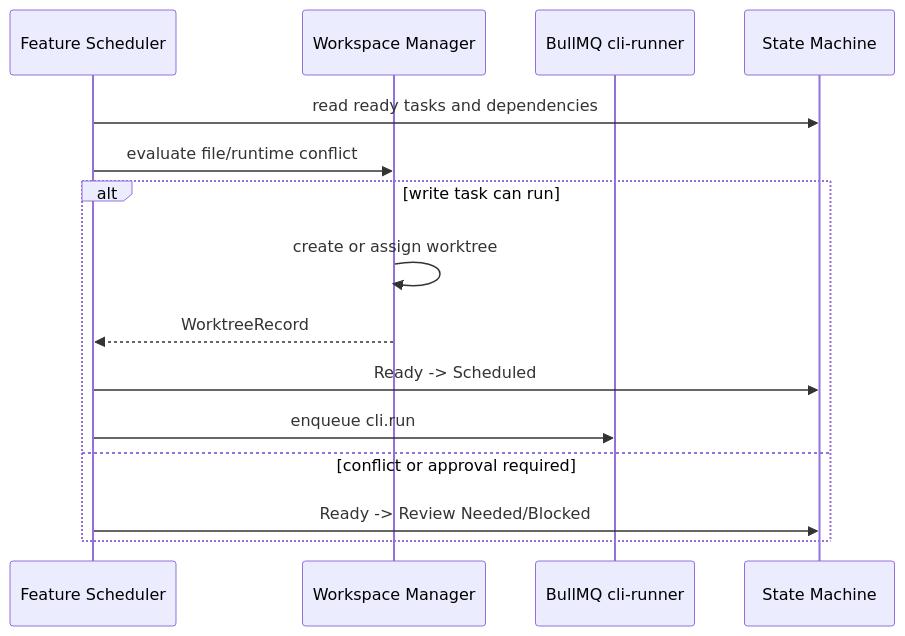
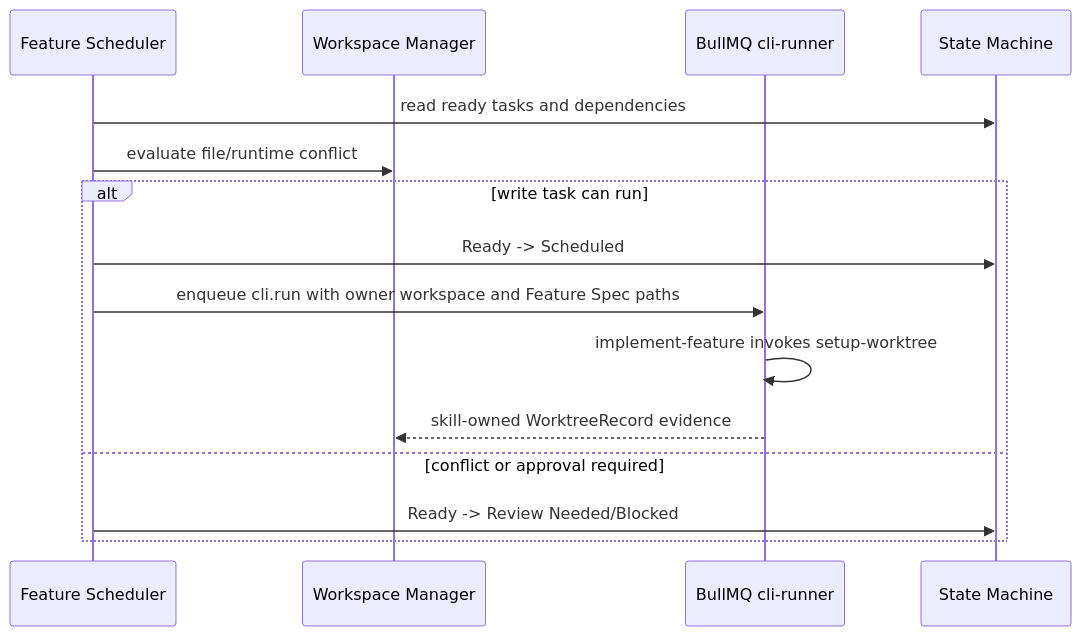
One commit to songcojp/agentic-spec-driven-auto-build changed the fifth of 13 diagrams in docs/agentic-spec/zh-CN/design.md. Above: the diagram before and after it, drawn with Mermaid. The commit also changed other lines of this file and 15 other files, not shown here.

````diff
--- a/docs/agentic-spec/zh-CN/design.md
+++ b/docs/agentic-spec/zh-CN/design.md
@@ -1192,18 +1192,18 @@
 ```mermaid
 sequenceDiagram
   participant FS as Feature Scheduler
   participant WM as Workspace Manager
   participant Q as BullMQ cli-runner
   participant SM as State Machine
 
   FS->>SM: read ready tasks and dependencies
   FS->>WM: evaluate file/runtime conflict
   alt write task can run
-    WM->>WM: create or assign worktree
-    WM-->>FS: WorktreeRecord
     FS->>SM: Ready -> Scheduled
-    FS->>Q: enqueue cli.run
+    FS->>Q: enqueue cli.run with owner workspace and Feature Spec paths
+    Q->>Q: implement-feature invokes setup-worktree
+    Q-->>WM: skill-owned WorktreeRecord evidence
   else conflict or approval required
     FS->>SM: Ready -> Review Needed/Blocked
   end
 ```
````
